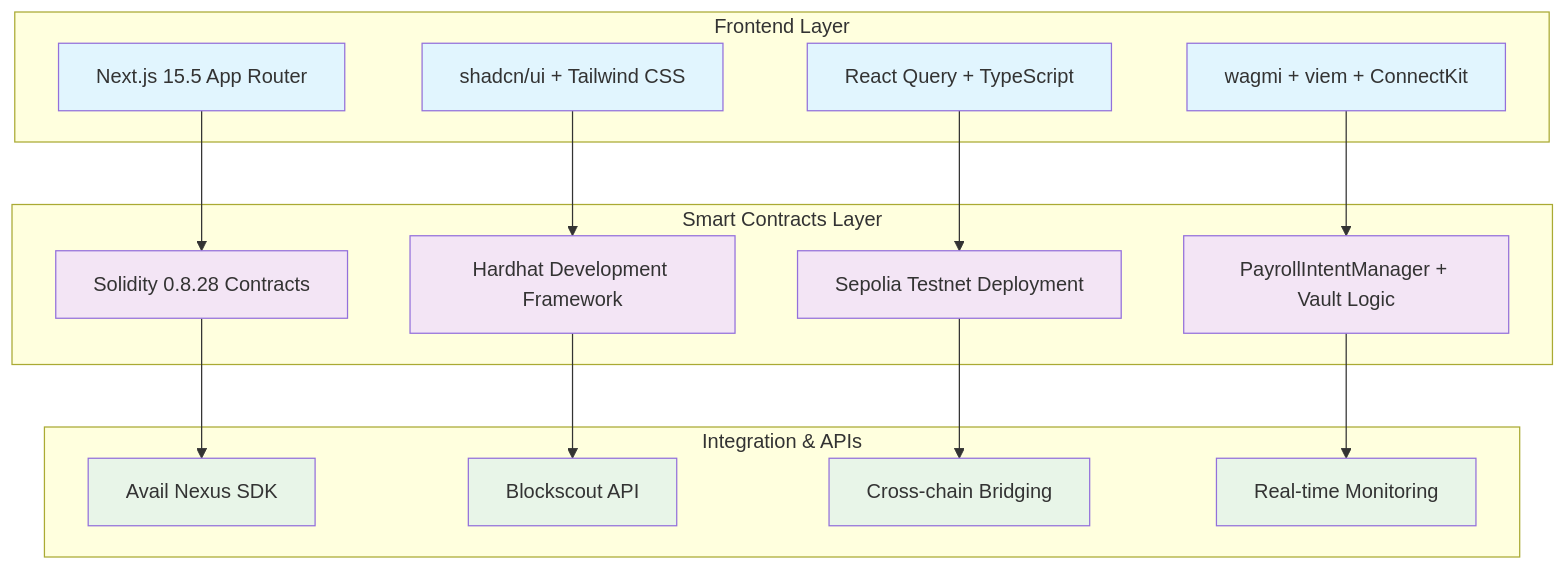
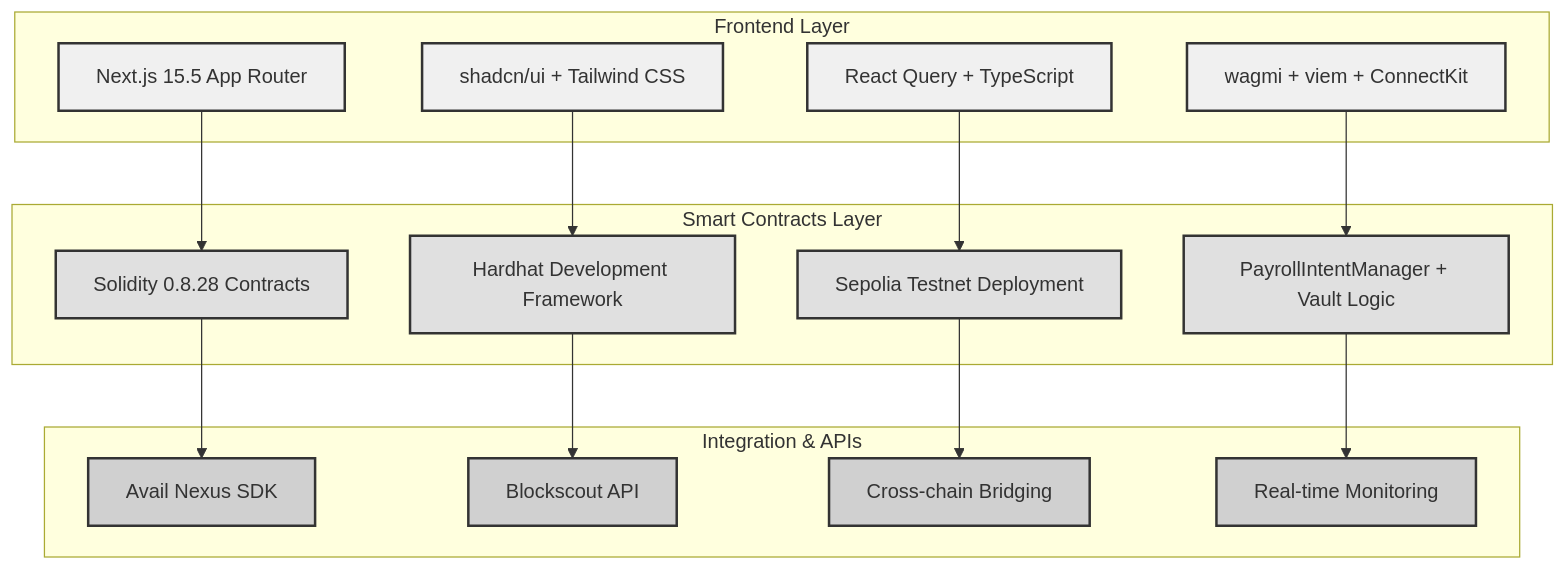
Before and after one commit to N-45div/ethg-2025: the diagram in README.md, drawn with Mermaid. The commit also changed other lines of this file, not shown here.

````diff
--- a/README.md
+++ b/README.md
@@ -32,45 +32,45 @@
 ```mermaid
 graph TB
     subgraph "Frontend Layer"
         A[Next.js 15.5 App Router]
         B[shadcn/ui + Tailwind CSS]
         C[React Query + TypeScript]
         D[wagmi + viem + ConnectKit]
     end
     
     subgraph "Smart Contracts Layer"
         E[Solidity 0.8.28 Contracts]
         F[Hardhat Development Framework]
         G[Sepolia Testnet Deployment]
         H[PayrollIntentManager + Vault Logic]
     end
     
     subgraph "Integration & APIs"
         I[Avail Nexus SDK]
         J[Blockscout API]
         K[Cross-chain Bridging]
         L[Real-time Monitoring]
     end
     
     A --> E
     B --> F
     C --> G
     D --> H
     E --> I
     F --> J
     G --> K
     H --> L
     
-    style A fill:#e1f5fe
-    style B fill:#e1f5fe
-    style C fill:#e1f5fe
-    style D fill:#e1f5fe
-    style E fill:#f3e5f5
-    style F fill:#f3e5f5
-    style G fill:#f3e5f5
-    style H fill:#f3e5f5
-    style I fill:#e8f5e8
-    style J fill:#e8f5e8
-    style K fill:#e8f5e8
-    style L fill:#e8f5e8
+    style A fill:#f0f0f0,stroke:#333,stroke-width:2px
+    style B fill:#f0f0f0,stroke:#333,stroke-width:2px
+    style C fill:#f0f0f0,stroke:#333,stroke-width:2px
+    style D fill:#f0f0f0,stroke:#333,stroke-width:2px
+    style E fill:#e0e0e0,stroke:#333,stroke-width:2px
+    style F fill:#e0e0e0,stroke:#333,stroke-width:2px
+    style G fill:#e0e0e0,stroke:#333,stroke-width:2px
+    style H fill:#e0e0e0,stroke:#333,stroke-width:2px
+    style I fill:#d0d0d0,stroke:#333,stroke-width:2px
+    style J fill:#d0d0d0,stroke:#333,stroke-width:2px
+    style K fill:#d0d0d0,stroke:#333,stroke-width:2px
+    style L fill:#d0d0d0,stroke:#333,stroke-width:2px
 ```
````
